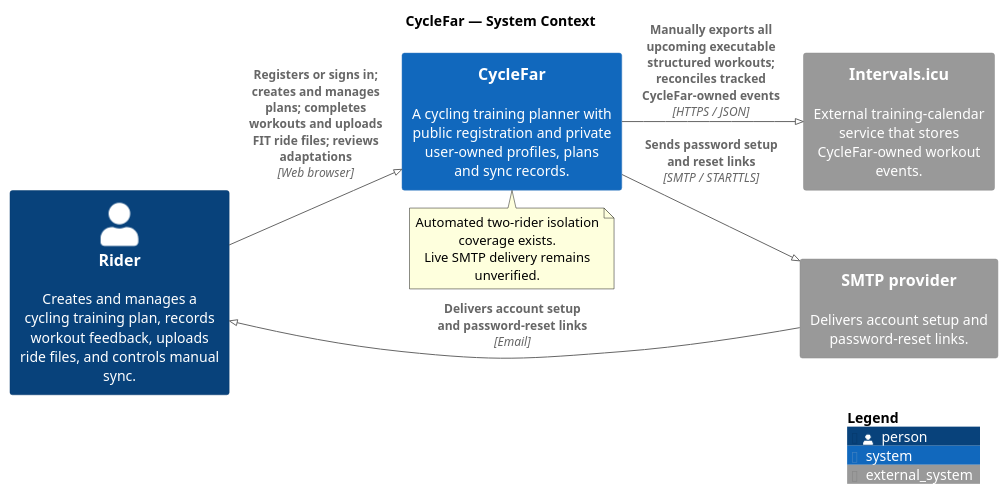
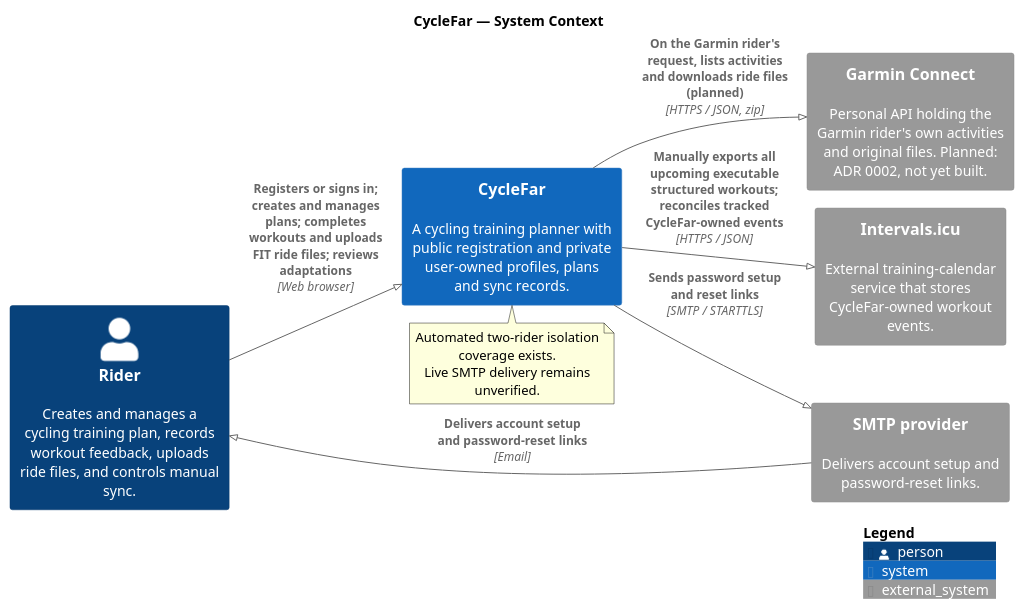
One commit to richardhartme/cyclefar changed the diagram in docs/diagrams/context-cyclefar-system.puml. Above: the diagram before and after it, drawn with PlantUML. The commit also changed 18 other files, not shown here.

First line of the commit message:
Write ADR 0002 and GAR-* requirements for Garmin activity import

```diff
--- a/docs/diagrams/context-cyclefar-system.puml
+++ b/docs/diagrams/context-cyclefar-system.puml
@@ -1,28 +1,30 @@
 @startuml
 !pragma layout smetana
 ' Scope and limitations: README.md
 !include https://raw.githubusercontent.com/plantuml-stdlib/C4-PlantUML/master/C4_Context.puml
 
 title CycleFar — System Context
 
 LAYOUT_LEFT_RIGHT()
 
 Person(rider, "Rider", "Creates and manages a cycling training plan, records workout feedback, uploads ride files, and controls manual sync.")
 
 System(cyclefar, "CycleFar", "A cycling training planner with public registration and private user-owned profiles, plans and sync records.")
 
 System_Ext(intervals_icu, "Intervals.icu", "External training-calendar service that stores CycleFar-owned workout events.")
 System_Ext(smtp, "SMTP provider", "Delivers account setup and password-reset links.")
+System_Ext(garmin, "Garmin Connect", "Personal API holding the Garmin rider's own activities and original files. Planned: ADR 0002, not yet built.")
 
 Rel(rider, cyclefar, "Registers or signs in; creates and manages plans; completes workouts and uploads FIT ride files; reviews adaptations", "Web browser")
 Rel(cyclefar, intervals_icu, "Manually exports all upcoming executable structured workouts; reconciles tracked CycleFar-owned events", "HTTPS / JSON")
 Rel(cyclefar, smtp, "Sends password setup and reset links", "SMTP / STARTTLS")
 Rel(smtp, rider, "Delivers account setup and password-reset links", "Email")
+Rel(cyclefar, garmin, "On the Garmin rider's request, lists activities and downloads ride files (planned)", "HTTPS / JSON, zip")
 
 note bottom of cyclefar
   Automated two-rider isolation coverage exists.
   Live SMTP delivery remains unverified.
 end note
 
 SHOW_LEGEND()
 @enduml
```
